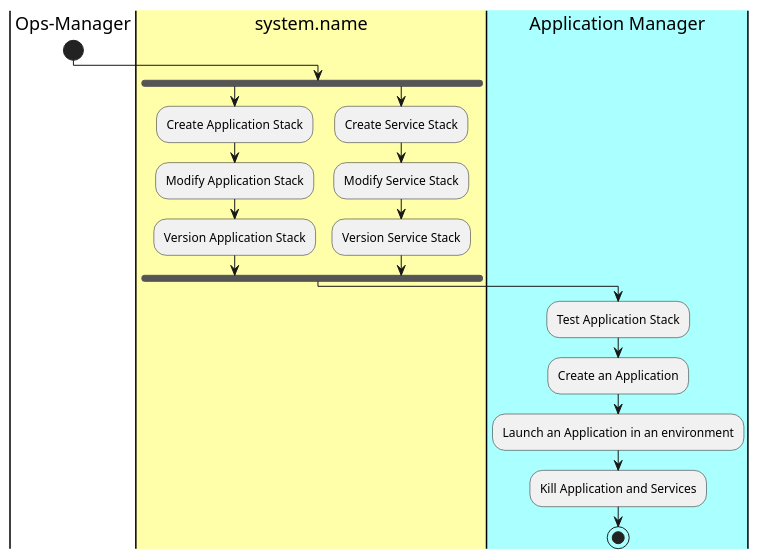
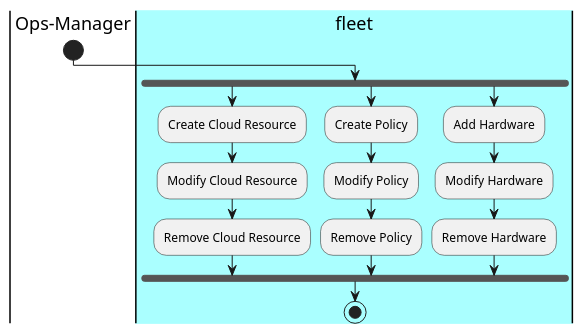
One commit to CAADE/fleet changed the diagram in docs/Actors/Ops-Manager/Workflow.puml. Above: the diagram before and after it, drawn with PlantUML. The commit also changed 44 other files, not shown here.

Commit message:
Document Application Stack

```diff
--- a/docs/Actors/Ops-Manager/Workflow.puml
+++ b/docs/Actors/Ops-Manager/Workflow.puml
@@ -1,20 +1,19 @@
 @startuml
 |Ops-Manager|
 start
-|#ffffaa|system.name|
+|#aaffff|fleet|
 fork
-:Create Application Stack;
-:Modify Application Stack;
-:Version Application Stack;
+:Create Cloud Resource;
+:Modify Cloud Resource;
+:Remove Cloud Resource;
 fork again
-:Create Service Stack;
-:Modify Service Stack;
-:Version Service Stack;
+:Create Policy;
+:Modify Policy;
+:Remove Policy;
+fork again
+:Add Hardware;
+:Modify Hardware;
+:Remove Hardware;
 fork end
-|#aaffff|Application Manager|
-:Test Application Stack;
-:Create an Application;
-:Launch an Application in an environment;
-:Kill Application and Services;
 stop
 @enduml
```
